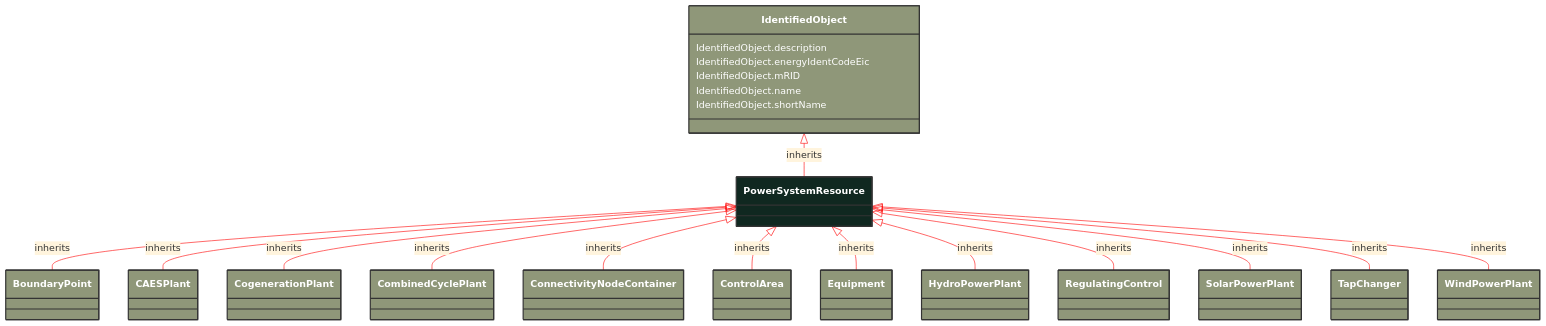
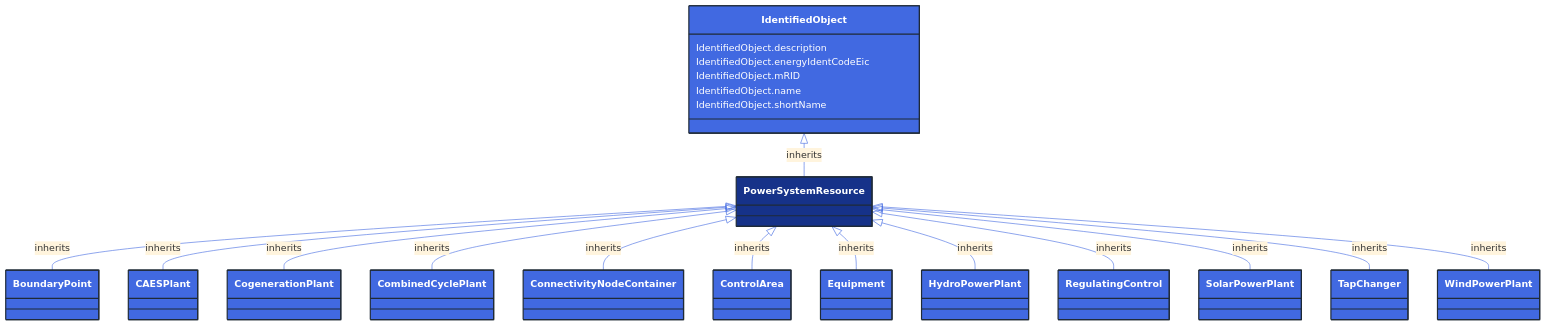
Before and after one commit to 3lbits/NoCIMExtensions: the diagram in docs/Models/Profiles/CoreEquipment/AbstractClasses/PowerSystemResource.md, drawn with Mermaid. The commit also changed 362 other files, not shown here.

First line of the commit message:
Update diagrams and styles for improved visual consistency

````diff
--- a/docs/Models/Profiles/CoreEquipment/AbstractClasses/PowerSystemResource.md
+++ b/docs/Models/Profiles/CoreEquipment/AbstractClasses/PowerSystemResource.md
@@ -10,85 +10,85 @@
 ```mermaid
-%%{init: {'theme':'base','themeVariables': {'lineColor': '#FF0000'}}}%%
+%%{init: {'theme':'base','themeVariables': {'lineColor': '#4169E1'}}}%%
 classDiagram
     class PowerSystemResource
     click PowerSystemResource href "/Models/Profiles/CoreEquipment/AbstractClasses/PowerSystemResource/"
-    style PowerSystemResource fill:#102820,stroke:#333,stroke-width:2px,rx:10,ry:10,color:white
+    style PowerSystemResource fill:#163289,stroke:#1F2A37,stroke-width:2px,rx:10,ry:10,color:white
 
         PowerSystemResource <|-- BoundaryPoint : inherits
 
         BoundaryPoint
             click BoundaryPoint href "/Models/Profiles/CoreEquipment/ConcreteClasses/BoundaryPoint/"
-            style BoundaryPoint fill:#8F9779,stroke:#333,stroke-width:2px,rx:10,ry:10,color:white
+            style BoundaryPoint fill:#4169E1,stroke:#1F2A37,stroke-width:2px,rx:10,ry:10,color:white
 
         PowerSystemResource <|-- CAESPlant : inherits
 
         CAESPlant
             click CAESPlant href "/Models/Profiles/CoreEquipment/ConcreteClasses/CAESPlant/"
-            style CAESPlant fill:#8F9779,stroke:#333,stroke-width:2px,rx:10,ry:10,color:white
+            style CAESPlant fill:#4169E1,stroke:#1F2A37,stroke-width:2px,rx:10,ry:10,color:white
 
         PowerSystemResource <|-- CogenerationPlant : inherits
 
         CogenerationPlant
             click CogenerationPlant href "/Models/Profiles/CoreEquipment/ConcreteClasses/CogenerationPlant/"
-            style CogenerationPlant fill:#8F9779,stroke:#333,stroke-width:2px,rx:10,ry:10,color:white
+            style CogenerationPlant fill:#4169E1,stroke:#1F2A37,stroke-width:2px,rx:10,ry:10,color:white
 
         PowerSystemResource <|-- CombinedCyclePlant : inherits
 
         CombinedCyclePlant
             click CombinedCyclePlant href "/Models/Profiles/CoreEquipment/ConcreteClasses/CombinedCyclePlant/"
-            style CombinedCyclePlant fill:#8F9779,stroke:#333,stroke-width:2px,rx:10,ry:10,color:white
+            style CombinedCyclePlant fill:#4169E1,stroke:#1F2A37,stroke-width:2px,rx:10,ry:10,color:white
 
         PowerSystemResource <|-- ConnectivityNodeContainer : inherits
 
         ConnectivityNodeContainer
             click ConnectivityNodeContainer href "/Models/Profiles/CoreEquipment/AbstractClasses/ConnectivityNodeContainer/"
-            style ConnectivityNodeContainer fill:#8F9779,stroke:#333,stroke-width:2px,rx:10,ry:10,color:white
+            style ConnectivityNodeContainer fill:#4169E1,stroke:#1F2A37,stroke-width:2px,rx:10,ry:10,color:white
 
         PowerSystemResource <|-- ControlArea : inherits
 
         ControlArea
             click ControlArea href "/Models/Profiles/CoreEquipment/AbstractClasses/ControlArea/"
-            style ControlArea fill:#8F9779,stroke:#333,stroke-width:2px,rx:10,ry:10,color:white
+            style ControlArea fill:#4169E1,stroke:#1F2A37,stroke-width:2px,rx:10,ry:10,color:white
 
         PowerSystemResource <|-- Equipment : inherits
 
         Equipment
             click Equipment href "/Models/Profiles/CoreEquipment/AbstractClasses/Equipment/"
-            style Equipment fill:#8F9779,stroke:#333,stroke-width:2px,rx:10,ry:10,color:white
+            style Equipment fill:#4169E1,stroke:#1F2A37,stroke-width:2px,rx:10,ry:10,color:white
 
         PowerSystemResource <|-- HydroPowerPlant : inherits
 
         HydroPowerPlant
             click HydroPowerPlant href "/Models/Profiles/CoreEquipment/ConcreteClasses/HydroPowerPlant/"
-            style HydroPowerPlant fill:#8F9779,stroke:#333,stroke-width:2px,rx:10,ry:10,color:white
+            style HydroPowerPlant fill:#4169E1,stroke:#1F2A37,stroke-width:2px,rx:10,ry:10,color:white
 
         PowerSystemResource <|-- RegulatingControl : inherits
 
         RegulatingControl
             click RegulatingControl href "/Models/Profiles/CoreEquipment/ConcreteClasses/RegulatingControl/"
-            style RegulatingControl fill:#8F9779,stroke:#333,stroke-width:2px,rx:10,ry:10,color:white
+            style RegulatingControl fill:#4169E1,stroke:#1F2A37,stroke-width:2px,rx:10,ry:10,color:white
 
         PowerSystemResource <|-- SolarPowerPlant : inherits
 
         SolarPowerPlant
             click SolarPowerPlant href "/Models/Profiles/CoreEquipment/ConcreteClasses/SolarPowerPlant/"
-            style SolarPowerPlant fill:#8F9779,stroke:#333,stroke-width:2px,rx:10,ry:10,color:white
+            style SolarPowerPlant fill:#4169E1,stroke:#1F2A37,stroke-width:2px,rx:10,ry:10,color:white
 
         PowerSystemResource <|-- TapChanger : inherits
 
         TapChanger
             click TapChanger href "/Models/Profiles/CoreEquipment/AbstractClasses/TapChanger/"
-            style TapChanger fill:#8F9779,stroke:#333,stroke-width:2px,rx:10,ry:10,color:white
+            style TapChanger fill:#4169E1,stroke:#1F2A37,stroke-width:2px,rx:10,ry:10,color:white
 
         PowerSystemResource <|-- WindPowerPlant : inherits
 
         WindPowerPlant
             click WindPowerPlant href "/Models/Profiles/CoreEquipment/ConcreteClasses/WindPowerPlant/"
-            style WindPowerPlant fill:#8F9779,stroke:#333,stroke-width:2px,rx:10,ry:10,color:white
+            style WindPowerPlant fill:#4169E1,stroke:#1F2A37,stroke-width:2px,rx:10,ry:10,color:white
      
         IdentifiedObject <|-- PowerSystemResource : inherits
             click IdentifiedObject href "/Models/Profiles/CoreEquipment/AbstractClasses/IdentifiedObject/"
-            style IdentifiedObject fill:#8F9779,stroke:#333,stroke-width:2px,rx:10,ry:10,color:white
+            style IdentifiedObject fill:#4169E1,stroke:#1F2A37,stroke-width:2px,rx:10,ry:10,color:white
 
 
 
````
